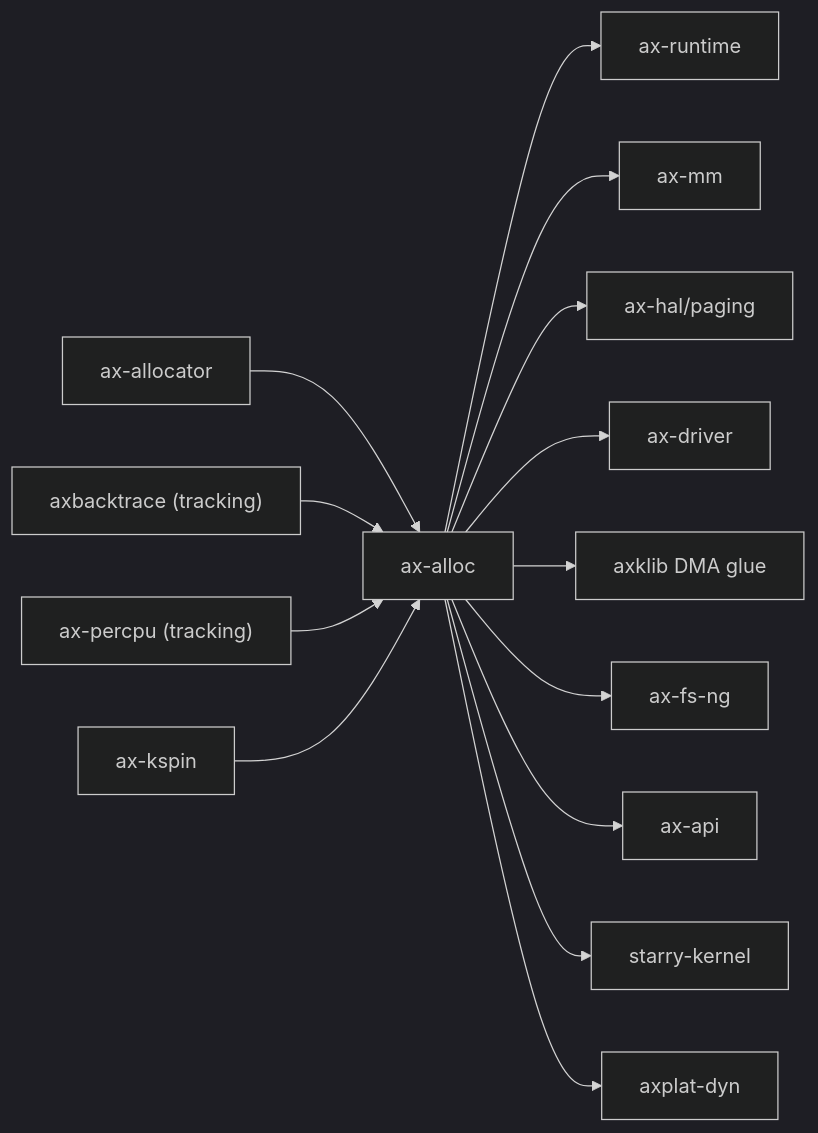
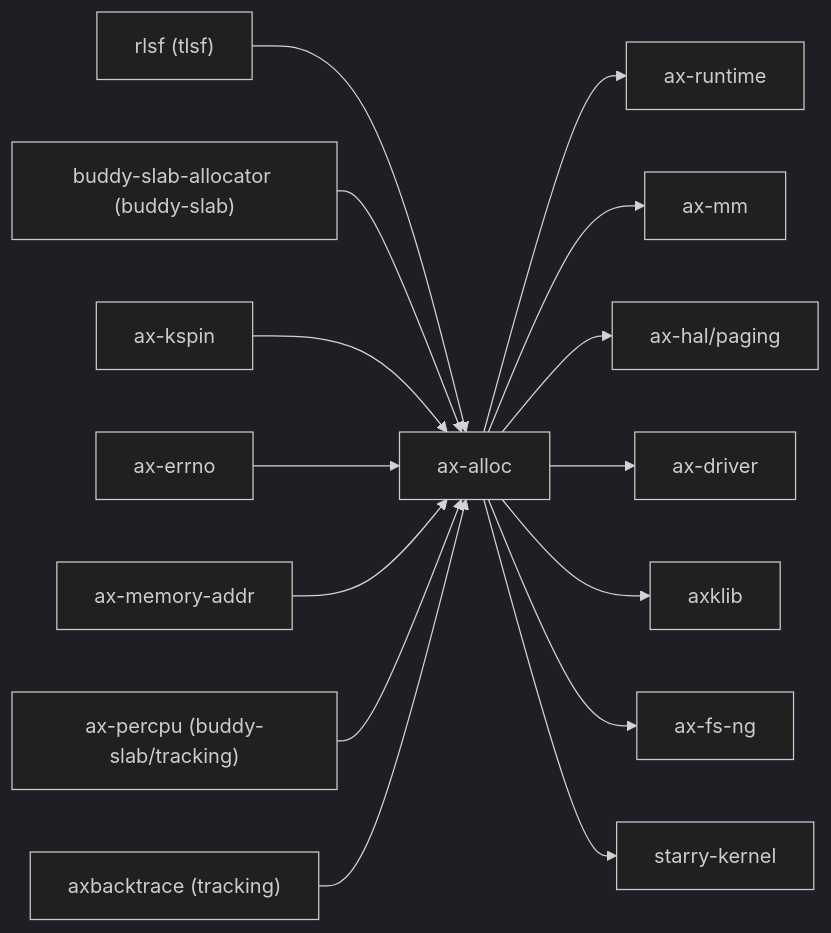
One commit to Dirinkbottle/tgoskits changed the diagram in docs/docs/components/crates/ax-alloc.md. Above: the diagram before and after it, drawn with Mermaid (dark theme). The commit also changed other lines of this file and 57 other files, not shown here.

First line of the commit message:
refactor(memory): remove ax-allocator and bitmap-allocator crates (#1878)

````diff
--- a/docs/docs/components/crates/ax-alloc.md
+++ b/docs/docs/components/crates/ax-alloc.md
@@ -82,17 +37,18 @@
 ```mermaid
 graph LR
-    ax-allocator["ax-allocator"] --> ax-alloc["ax-alloc"]
-    axbacktrace["axbacktrace (tracking)"] --> ax-alloc
-    ax-percpu["ax-percpu (tracking)"] --> ax-alloc
-    ax_kspin["ax-kspin"] --> ax-alloc
+    rlsf["rlsf (tlsf)"] --> ax_alloc["ax-alloc"]
+    buddy_slab["buddy-slab-allocator (buddy-slab)"] --> ax_alloc
+    ax_kspin["ax-kspin"] --> ax_alloc
+    ax_errno["ax-errno"] --> ax_alloc
+    ax_memory_addr["ax-memory-addr"] --> ax_alloc
+    ax_percpu["ax-percpu (buddy-slab/tracking)"] --> ax_alloc
+    axbacktrace["axbacktrace (tracking)"] --> ax_alloc
 
-    ax-alloc --> ax-runtime["ax-runtime"]
-    ax-alloc --> ax-mm["ax-mm"]
-    ax-alloc --> ax-hal["ax-hal/paging"]
-    ax-alloc --> ax-driver["ax-driver"]
-    ax-alloc --> axklib["axklib DMA glue"]
-    ax-alloc --> axfsng["ax-fs-ng"]
-    ax-alloc --> ax-api["ax-api"]
-    ax-alloc --> starry_kernel["starry-kernel"]
-    ax-alloc --> axplat_dyn["axplat-dyn"]
+    ax_alloc --> ax_runtime["ax-runtime"]
+    ax_alloc --> ax_mm["ax-mm"]
+    ax_alloc --> ax_hal["ax-hal/paging"]
+    ax_alloc --> ax_driver["ax-driver"]
+    ax_alloc --> axklib["axklib"]
+    ax_alloc --> axfs_ng["ax-fs-ng"]
+    ax_alloc --> starry_kernel["starry-kernel"]
 ```
````
